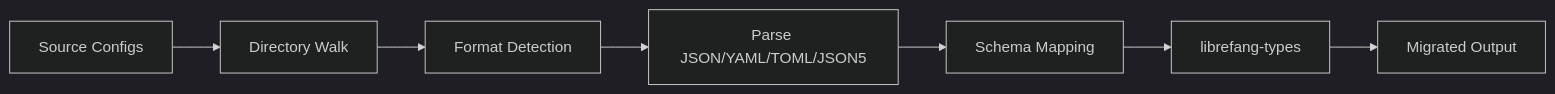
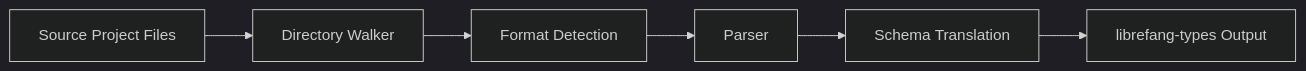
Before and after one commit to leszek3737/librefang-WIki: the diagram in other-librefang-migrate.md, drawn with Mermaid (dark theme). The commit also changed other lines of this file and 118 other files, not shown here.

````diff
--- a/other-librefang-migrate.md
+++ b/other-librefang-migrate.md
@@ -19,9 +33,8 @@
 ```mermaid
 flowchart LR
-    A[Source Configs] --> B[Directory Walk]
+    A[Source Project Files] --> B[Directory Walker]
     B --> C[Format Detection]
-    C --> D[Parse JSON/YAML/TOML/JSON5]
-    D --> E[Schema Mapping]
-    E --> F[librefang-types]
-    F --> G[Migrated Output]
+    C --> D[Parser]
+    D --> E[Schema Translation]
+    E --> F[librefang-types Output]
 ```
````
